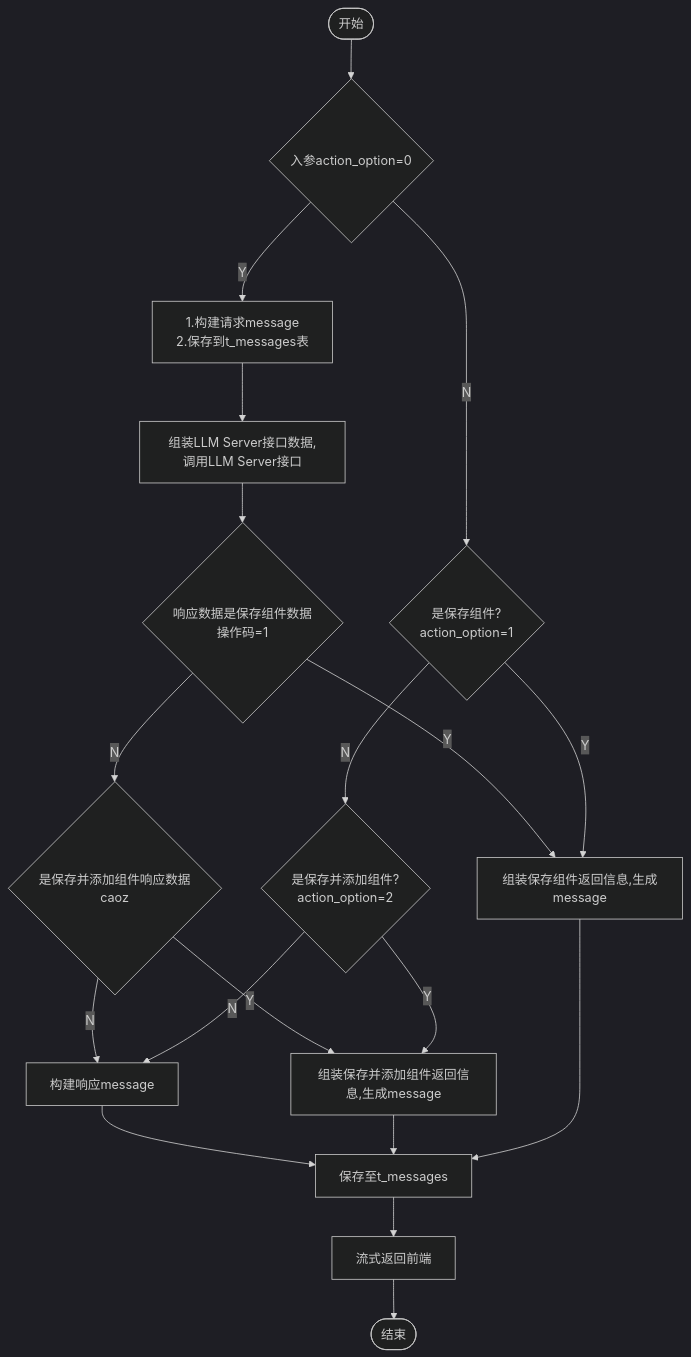
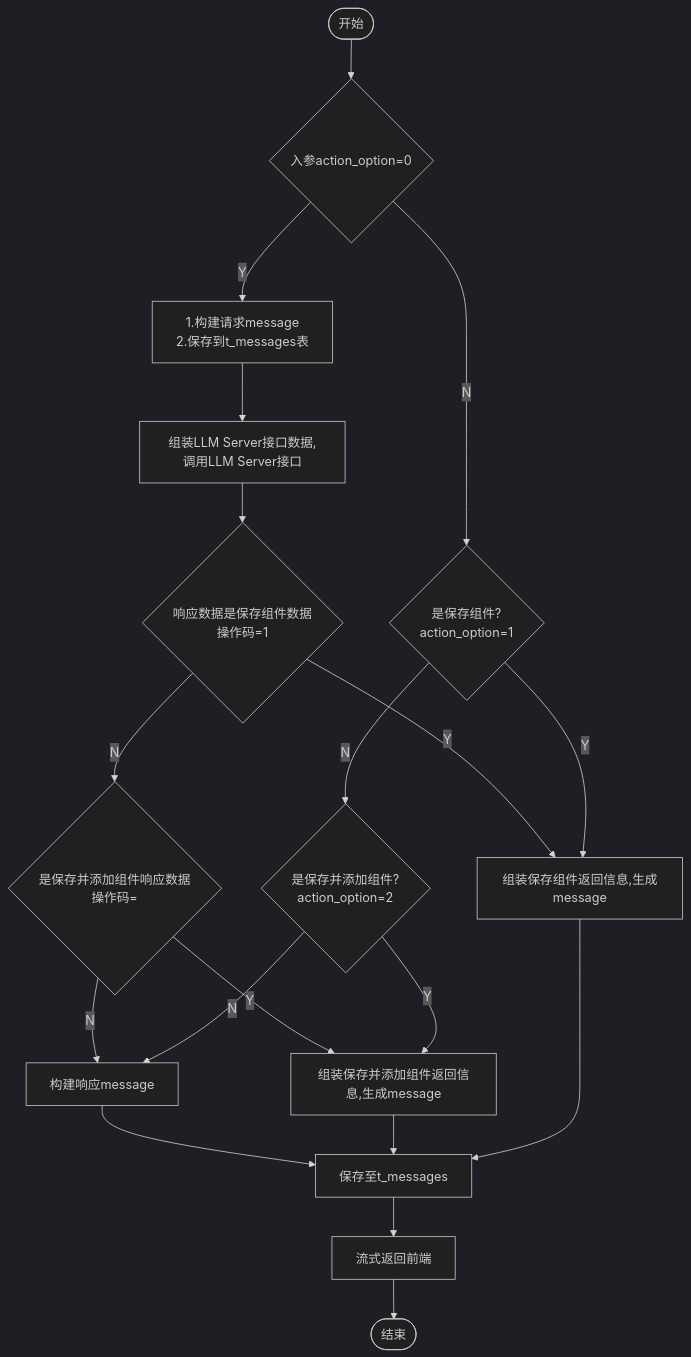
One commit to yingjianzh/iodraw-files changed the diagram in all/添加保存组件.md. Above: the diagram before and after it, drawn with Mermaid (dark theme).

Commit message:
2024-10-15 15:32:20 update

````diff
--- a/all/添加保存组件.md
+++ b/all/添加保存组件.md
@@ -1,24 +1,24 @@
 ```mermaid
 flowchart TD
     A([开始]) --> B{入参action_option=0}
     B -- Y --> ReqMessage[1.构建请求message \n 2.保存到t_messages表]
     ReqMessage --> C[组装LLM Server接口数据,调用LLM Server接口]
     C --> E{响应数据是保存组件数据 \n 操作码=1}
     B -- N --> D{是保存组件? \n action_option=1}
     D -- N --> J{是保存并添加组件? \n action_option=2}
 
-    E -- N --> L{是保存并添加组件响应数据 \n caoz}
+    E -- N --> L{是保存并添加组件响应数据 \n 操作码=}
     E -- Y --> F[组装保存组件返回信息,生成message]
     
     L -- N --> R[构建响应message]
     R --> G
     L -- Y --> K
     D -- Y --> F
     
     J -- Y --> K[组装保存并添加组件返回信息,生成message]
     K --> G
     J -- N --> R
     F --> G[保存至t_messages]
     G --> H[流式返回前端]
     H --> I([结束])
 ```
````
